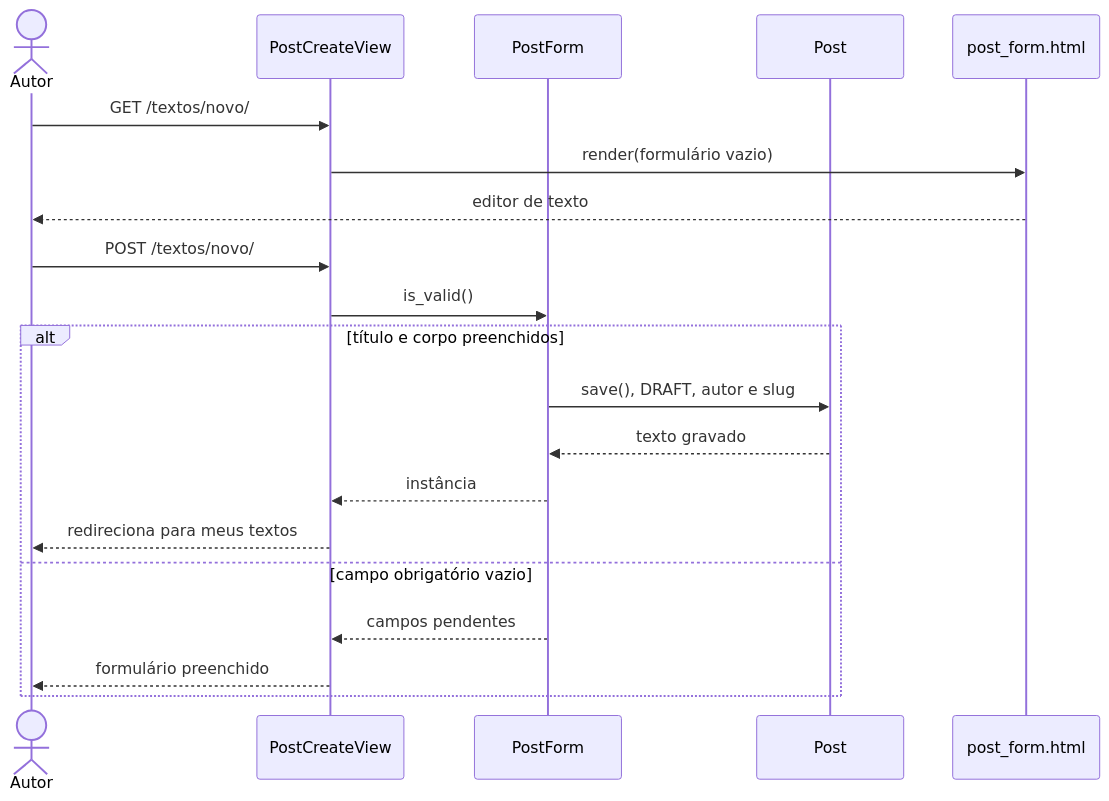
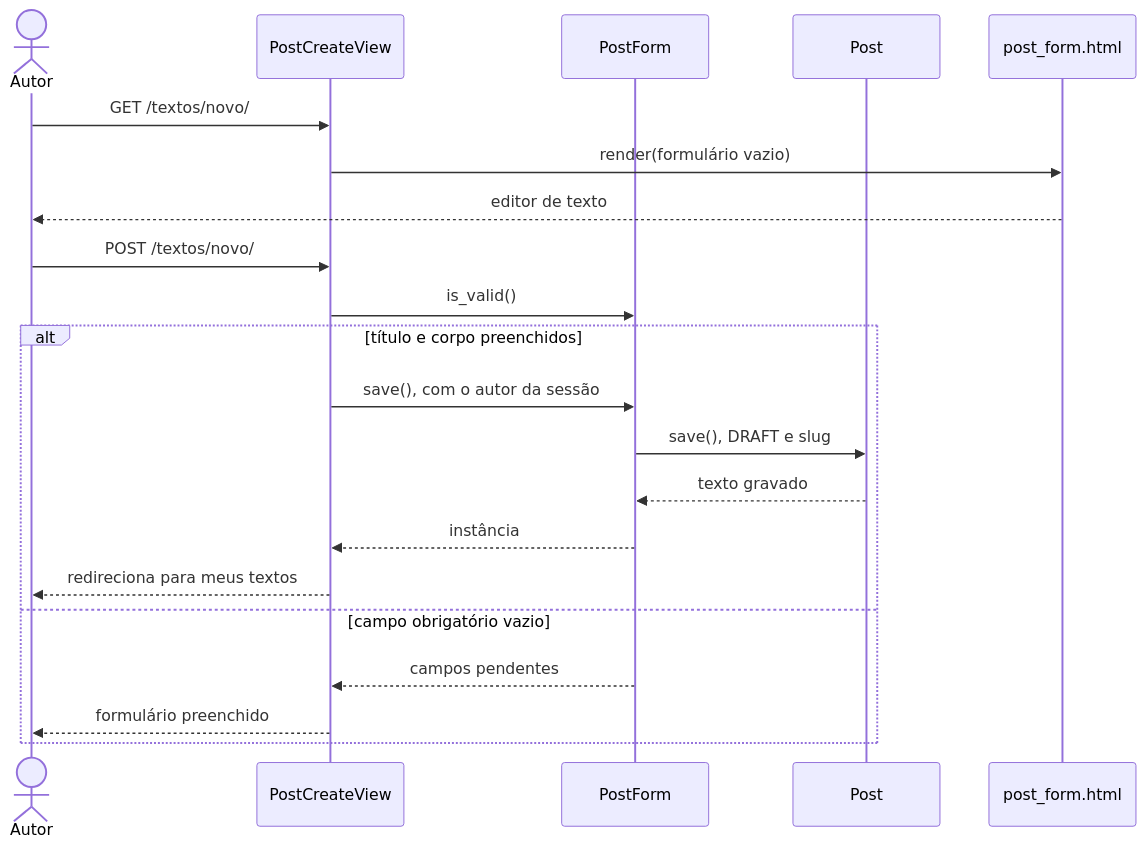
The diagram in docs/sequencia-de-projeto/UC08.md (ataraxia-ppads/ataraxia-blog), drawn with Mermaid before and after one commit. The commit also changed other lines of this file and 19 other files, not shown here.

````diff
--- a/docs/sequencia-de-projeto/UC08.md
+++ b/docs/sequencia-de-projeto/UC08.md
@@ -3,22 +3,23 @@
 ```mermaid
 sequenceDiagram
     actor A as Autor
     participant Vw as PostCreateView
     participant F as PostForm
     participant P as Post
     participant T as post_form.html
     A->>Vw: GET /textos/novo/
     Vw->>T: render(formulário vazio)
     T-->>A: editor de texto
     A->>Vw: POST /textos/novo/
     Vw->>F: is_valid()
     alt título e corpo preenchidos
-        F->>P: save(), DRAFT, autor e slug
+        Vw->>F: save(), com o autor da sessão
+        F->>P: save(), DRAFT e slug
         P-->>F: texto gravado
         F-->>Vw: instância
         Vw-->>A: redireciona para meus textos
     else campo obrigatório vazio
         F-->>Vw: campos pendentes
         Vw-->>A: formulário preenchido
     end
 ```
````
